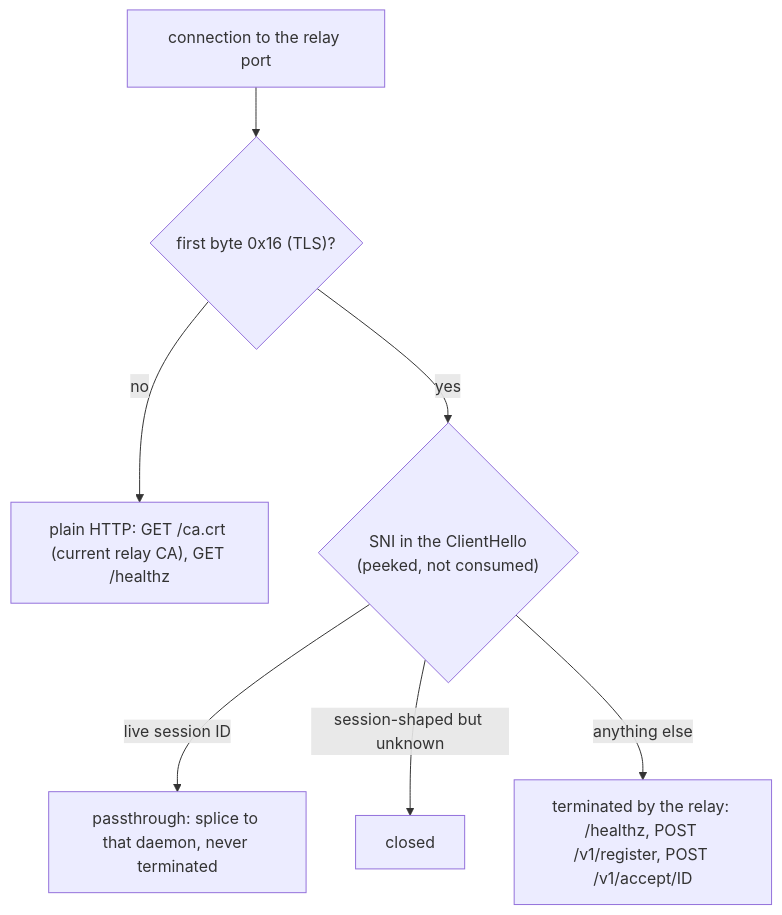
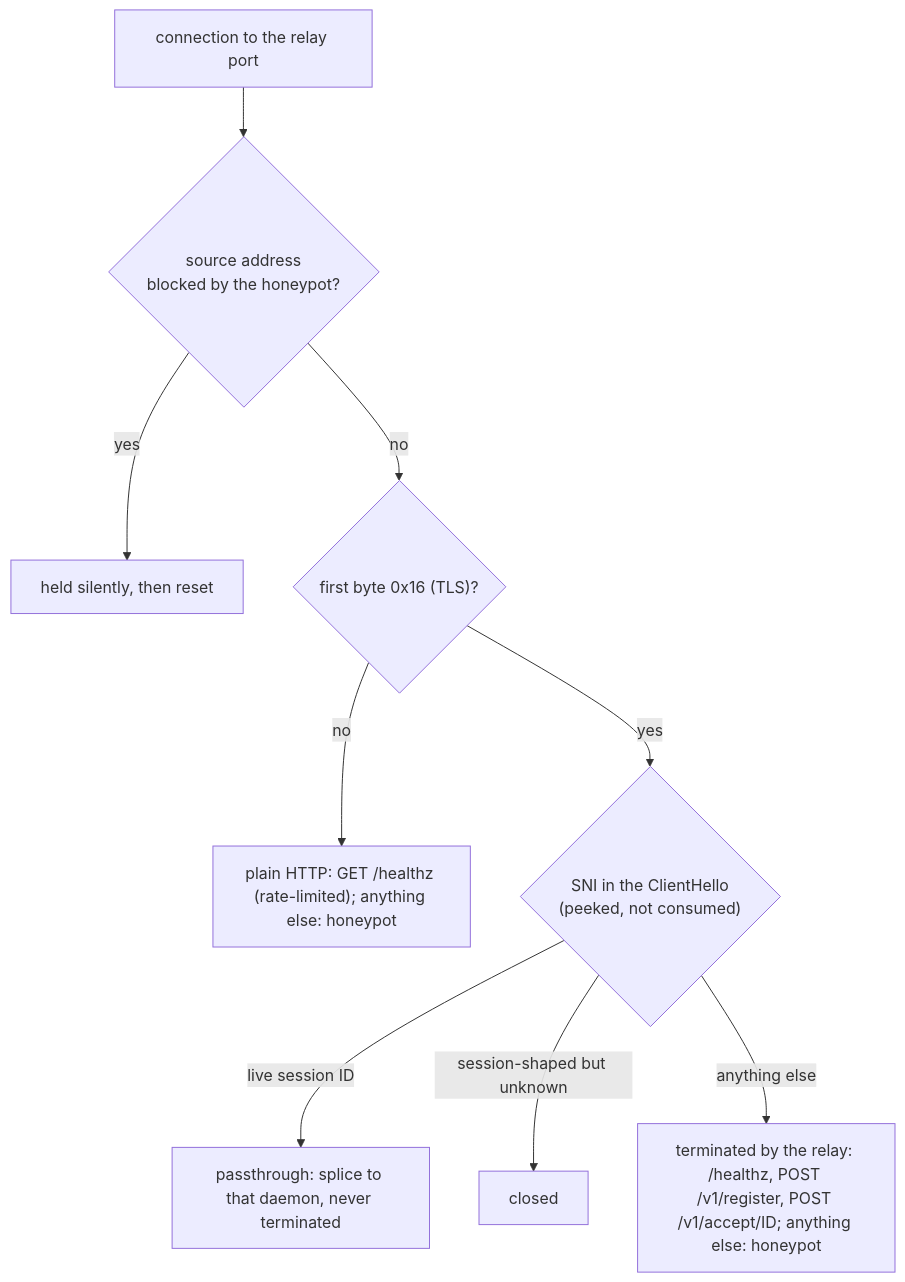
Diagram 17 of 24 in docs/cryptography.md (samrocketman/go-kbtool), drawn with Mermaid before and after one commit. The commit also changed other lines of this file and 64 other files, not shown here.

````diff
--- a/docs/cryptography.md
+++ b/docs/cryptography.md
@@ -479,9 +626,11 @@
 ```mermaid
 flowchart TB
-  IN["connection to the relay port"] --> P{"first byte 0x16 (TLS)?"}
-  P -->|"no"| HTTP["plain HTTP: GET /ca.crt (current relay CA), GET /healthz"]
+  IN["connection to the relay port"] --> B{"source address<br/>blocked by the honeypot?"}
+  B -->|"yes"| DROP["held silently, then reset"]
+  B -->|"no"| P{"first byte 0x16 (TLS)?"}
+  P -->|"no"| HTTP["plain HTTP: GET /healthz (rate-limited); anything else: honeypot"]
   P -->|"yes"| SNI{"SNI in the ClientHello<br/>(peeked, not consumed)"}
   SNI -->|"live session ID"| PASS["passthrough: splice to that daemon, never terminated"]
   SNI -->|"session-shaped but unknown"| CLOSE["closed"]
-  SNI -->|"anything else"| TERM["terminated by the relay: /healthz, POST /v1/register, POST /v1/accept/ID"]
+  SNI -->|"anything else"| TERM["terminated by the relay: /healthz, POST /v1/register, POST /v1/accept/ID; anything else: honeypot"]
 ```
````
